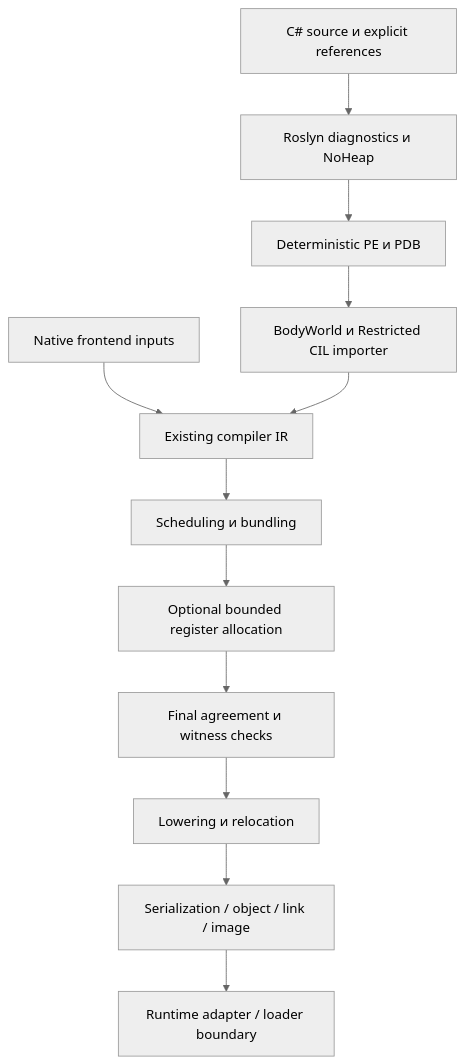
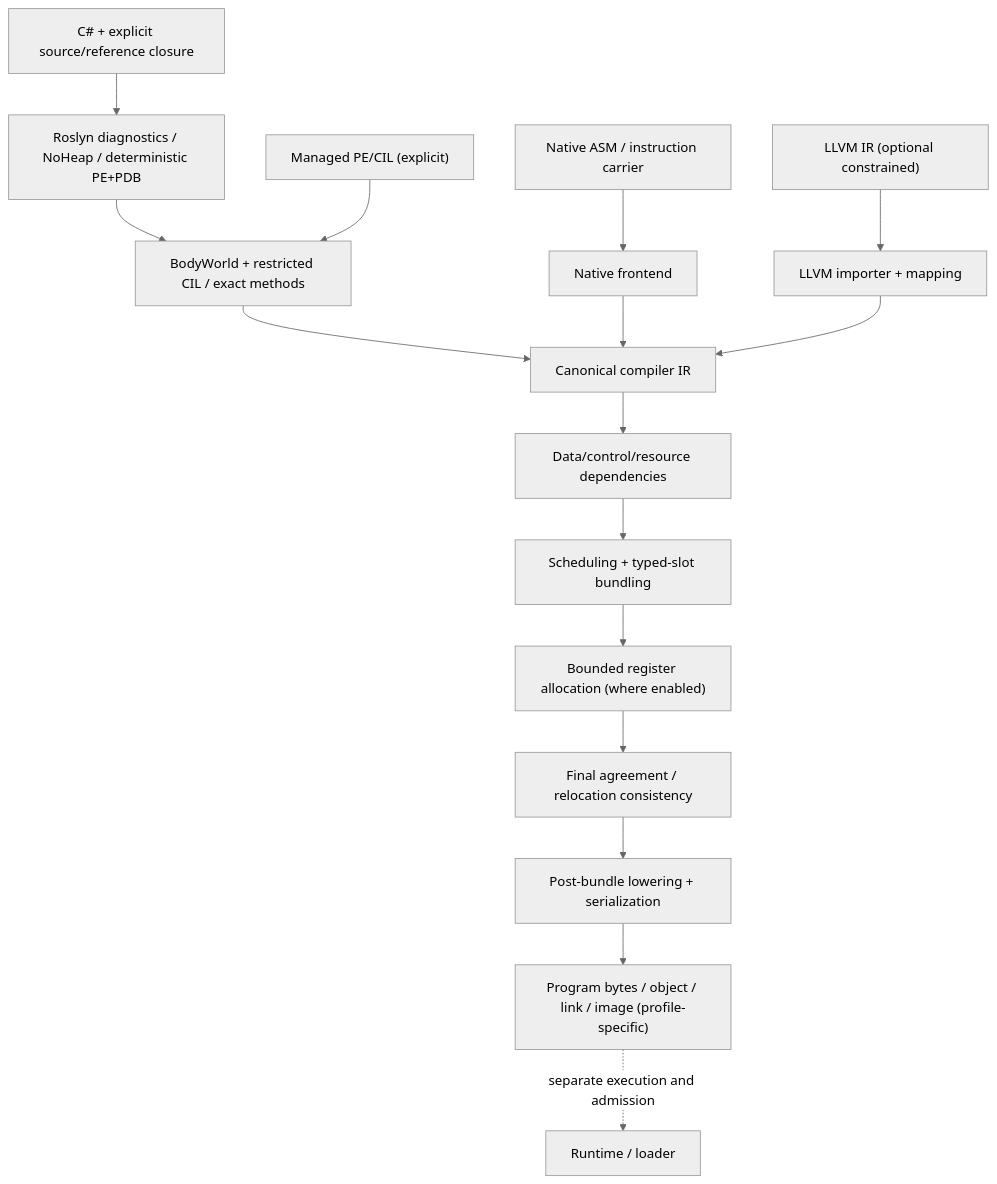
One commit to yuriyyak23/HybridCPU-Compilers changed the diagram in Documentation/Compilers/Whitebook/README.md. Above: the diagram before and after it, drawn with Mermaid (neutral theme). The commit also changed other lines of this file, not shown here.

Commit message:
docs(whitebook): reconcile compiler architecture, exact scopes and trust boundaries

````diff
--- a/Documentation/Compilers/Whitebook/README.md
+++ b/Documentation/Compilers/Whitebook/README.md
@@ -30,14 +36,18 @@
 ```mermaid
 flowchart TD
-    CS[C# source и explicit references] --> R[Roslyn diagnostics и NoHeap]
-    R --> PE[Deterministic PE и PDB]
-    PE --> BW[BodyWorld и Restricted CIL importer]
-    N[Native frontend inputs] --> IR[Existing compiler IR]
-    BW --> IR
-    IR --> SB[Scheduling и bundling]
-    SB --> RA[Optional bounded register allocation]
-    RA --> AG[Final agreement и witness checks]
-    AG --> T[Lowering и relocation]
-    T --> A[Serialization / object / link / image]
-    A --> RT[Runtime adapter / loader boundary]
+    SRC["C# + explicit source/reference closure"] --> ROS["Roslyn diagnostics / NoHeap / deterministic PE+PDB"]
+    ROS --> BW["BodyWorld + restricted CIL / exact methods"]
+    PE["Managed PE/CIL (explicit)"] --> BW
+    ASM["Native ASM / instruction carrier"] --> NA["Native frontend"]
+    LLVM["LLVM IR (optional constrained)"] --> LI["LLVM importer + mapping"]
+    BW --> IR["Canonical compiler IR"]
+    NA --> IR
+    LI --> IR
+    IR --> D["Data/control/resource dependencies"]
+    D --> SCH["Scheduling + typed-slot bundling"]
+    SCH --> AL["Bounded register allocation (where enabled)"]
+    AL --> G["Final agreement / relocation consistency"]
+    G --> LO["Post-bundle lowering + serialization"]
+    LO --> OB["Program bytes / object / link / image (profile-specific)"]
+    OB -. "separate execution and admission" .-> RT["Runtime / loader"]
 ```
````
